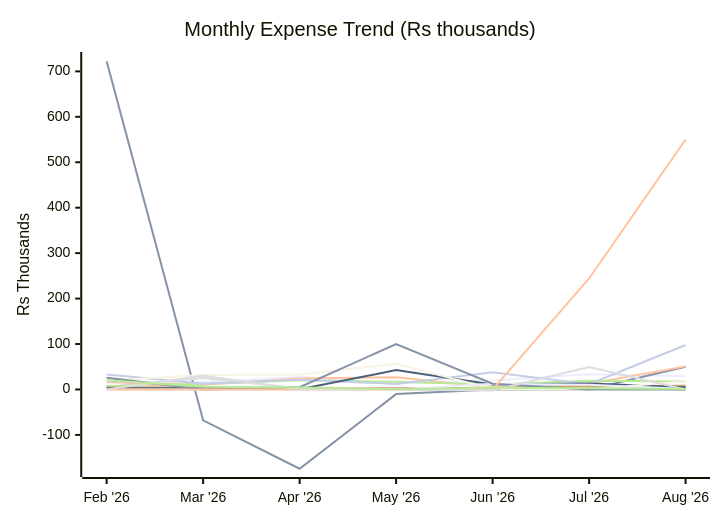
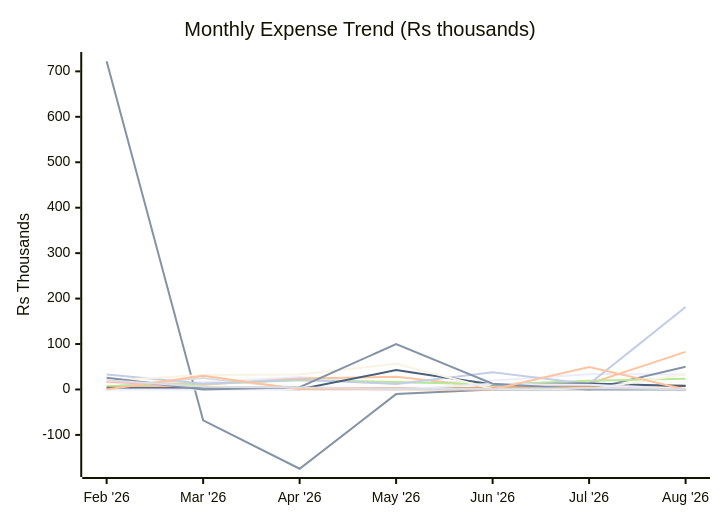
Before and after one commit to sachin-hg/expense-reporter: the first of 3 diagrams in reports/2026-08.md, drawn with Mermaid. The commit also changed other lines of this file and 11 other files, not shown here.

First line of the commit message:
Exclude investments from main trend chart; add separate investments bar chart

````diff
--- a/reports/2026-08.md
+++ b/reports/2026-08.md
@@ -28,21 +28,20 @@
 ```mermaid
 xychart-beta
     title "Monthly Expense Trend (Rs thousands)"
     x-axis ["Feb '26", "Mar '26", "Apr '26", "May '26", "Jun '26", "Jul '26", "Aug '26"]
     y-axis "Rs Thousands" -175 --> 725
-    line "Travel" [16.5, 15.9, 27.3, 13.3, 20.0, 33.6, 28.9]
+    line "Travel" [16.5, 15.9, 27.3, 13.3, 20.0, 33.6, 32.8]
     line "Trip" [722.3, -67.9, -174.4, -10.2, 0.0, 0.0, 50.0]
-    line "Shopping" [16.4, 10.6, 24.2, 26.8, 4.3, 12.7, 50.8]
-    line "Baby" [5.6, 25.3, 2.4, 1.0, 0.8, 12.8, -1.7]
-    line "Outside Food" [7.6, 12.1, 20.3, 16.9, 11.2, 19.4, 17.5]
-    line "Grocery" [4.5, 4.7, 3.4, 3.2, 3.5, 7.4, 8.3]
-    line "Utilities & Bills" [33.2, 12.6, 21.3, 12.3, 37.7, 11.7, 97.8]
+    line "Shopping" [16.4, 10.6, 24.2, 27.9, 4.3, 12.7, 82.8]
+    line "Baby" [5.6, 25.3, 2.4, 1.0, 0.8, 12.8, -0.2]
+    line "Outside Food" [7.6, 12.1, 20.3, 16.4, 10.9, 19.1, 23.6]
+    line "Grocery" [4.5, 4.7, 3.4, 2.1, 3.8, 7.4, 9.0]
+    line "Utilities & Bills" [33.2, 12.6, 21.3, 12.3, 37.7, 12.0, 181.3]
     line "Health, Fitness & Self Care" [18.3, 2.5, 4.4, 2.3, 0.6, 2.5, 1.2]
-    line "Upskill / AI" [2.5, 2.6, 0.4, 42.6, 11.0, 13.3, 4.9]
-    line "Rohan" [19.3, 32.0, 33.1, 56.6, 1.1, -0.0, 18.1]
+    line "Upskill / AI" [2.5, 2.6, 0.4, 42.6, 11.0, 13.3, 7.6]
+    line "Rohan" [19.3, 32.0, 33.1, 56.6, 1.1, -0.0, 33.5]
     line "Papa" [0.0, 0.0, 0.0, 0.0, 12.5, 10.6, 0.9]
     line "One-Time Expense" [25.8, 0.0, 5.0, 99.7, 12.7, 0.0, 0.0]
-    line "Investments" [0.0, 0.0, 0.0, 0.0, 0.0, 244.2, 550.0]
-    line "Tax" [0.0, 30.3, 0.3, 0.2, -2.1, 49.6, 0.0]
-    line "Others" [20.3, 5.9, 4.3, 0.5, 3.7, 2.9, 1.0]
+    line "Tax" [0.0, 30.3, 0.3, 0.2, 0.0, 49.6, 0.0]
+    line "Others" [20.3, 5.9, 4.3, 1.0, 1.6, 2.9, 0.6]
 ```
````
